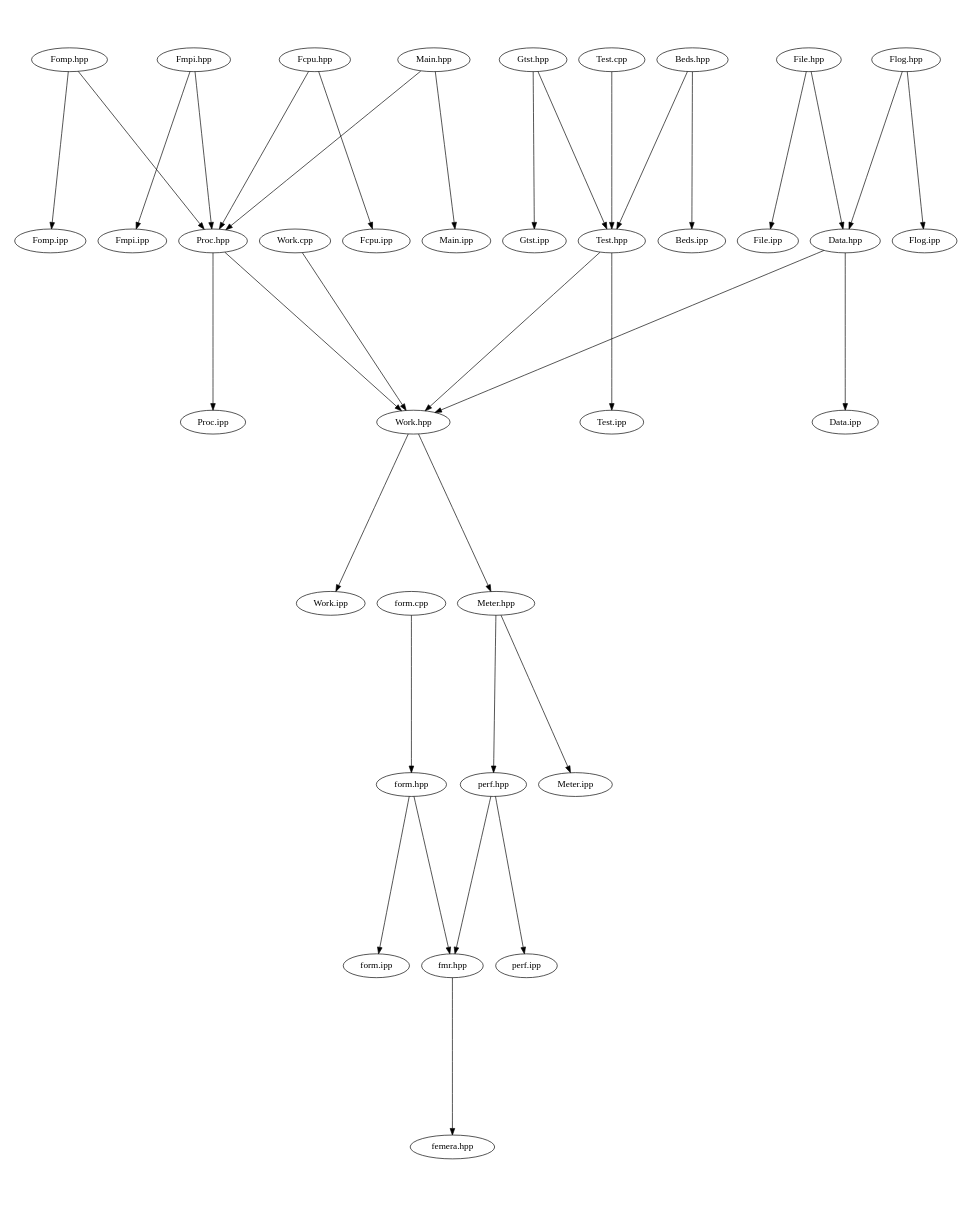
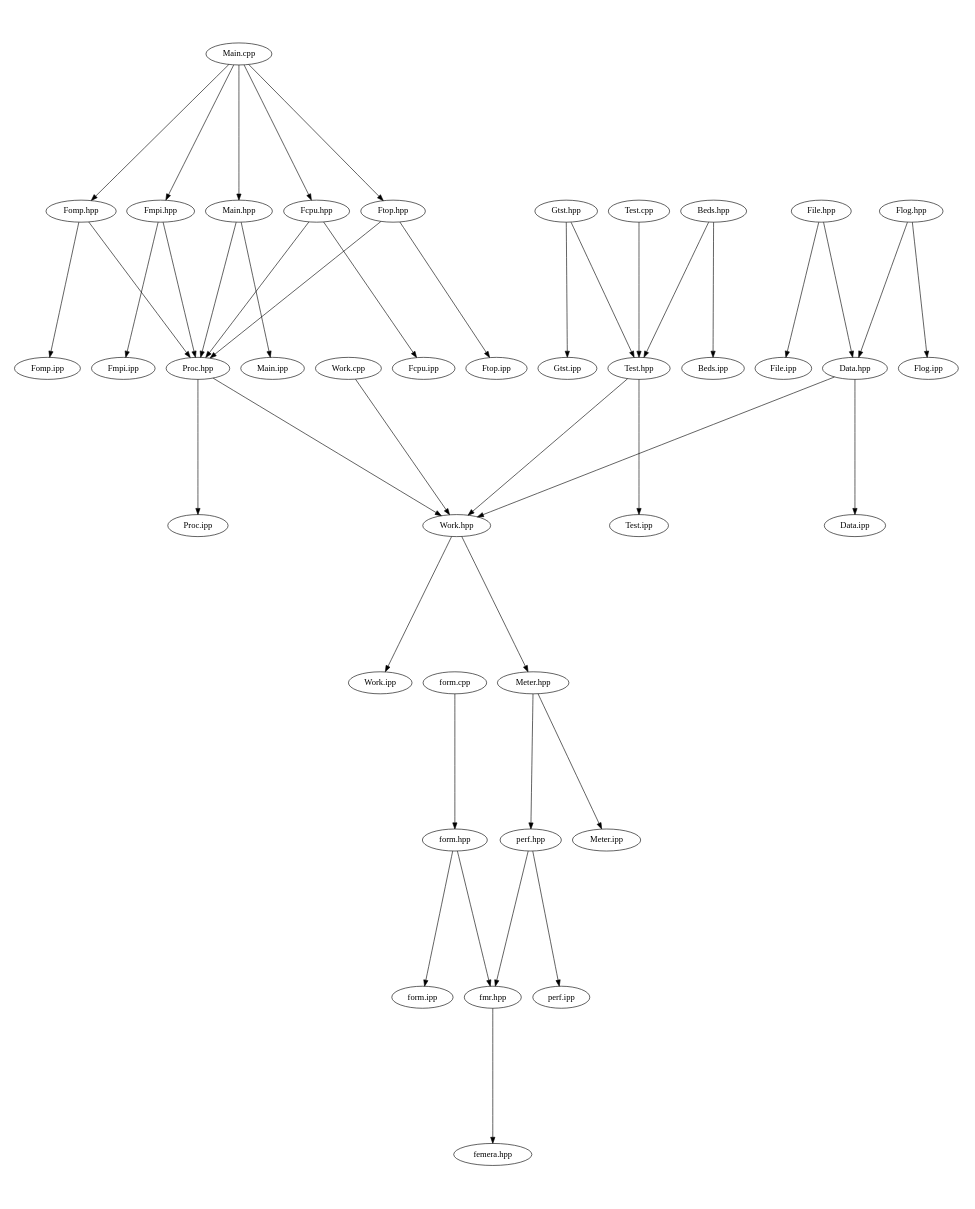
Before and after one commit to waggyz/femera-mini-app: the diagram in src/docs/src-notest.dot, drawn with Graphviz. The commit also changed 16 other files, not shown here.

Commit message:
added femera::proc::Ftop class

```diff
--- a/src/docs/src-notest.dot
+++ b/src/docs/src-notest.dot
@@ -1,42 +1,49 @@
 digraph "source tree" {
     overlap=scale;
     size="8,10";
     ratio="fill";
     fontsize="16";
     fontname="Helvetica";
 	clusterrank="local";
 	"Meter.hpp" -> "perf.hpp"
+	"Main.cpp" -> "Fomp.hpp"
 	"Fomp.hpp" -> "Fomp.ipp"
 	"Gtst.hpp" -> "Gtst.ipp"
 	"Fmpi.hpp" -> "Fmpi.ipp"
 	"form.cpp" -> "form.hpp"
 	"perf.hpp" -> "perf.ipp"
+	"Main.cpp" -> "Main.hpp"
 	"Fcpu.hpp" -> "Fcpu.ipp"
 	"Work.cpp" -> "Work.hpp"
 	"Main.hpp" -> "Main.ipp"
 	"Proc.hpp" -> "Proc.ipp"
 	"Test.cpp" -> "Test.hpp"
+	"Main.cpp" -> "Fmpi.hpp"
+	"Main.cpp" -> "Fcpu.hpp"
+	"Ftop.hpp" -> "Ftop.ipp"
 	"perf.hpp" -> "fmr.hpp"
+	"Ftop.hpp" -> "Proc.hpp"
 	"Data.hpp" -> "Data.ipp"
 	"File.hpp" -> "Data.hpp"
 	"Work.hpp" -> "Work.ipp"
+	"Main.cpp" -> "Ftop.hpp"
+	"Test.hpp" -> "Work.hpp"
 	"Fmpi.hpp" -> "Proc.hpp"
-	"Test.hpp" -> "Work.hpp"
 	"Beds.hpp" -> "Test.hpp"
 	"fmr.hpp" -> "femera.hpp"
 	"form.hpp" -> "form.ipp"
 	"form.hpp" -> "fmr.hpp"
 	"Proc.hpp" -> "Work.hpp"
 	"Gtst.hpp" -> "Test.hpp"
 	"Data.hpp" -> "Work.hpp"
 	"Beds.hpp" -> "Beds.ipp"
 	"Work.hpp" -> "Meter.hpp"
 	"Fcpu.hpp" -> "Proc.hpp"
 	"Fomp.hpp" -> "Proc.hpp"
 	"Flog.hpp" -> "Data.hpp"
 	"Main.hpp" -> "Proc.hpp"
 	"File.hpp" -> "File.ipp"
 	"Flog.hpp" -> "Flog.ipp"
 	"Meter.hpp" -> "Meter.ipp"
 	"Test.hpp" -> "Test.ipp"
 }
```
